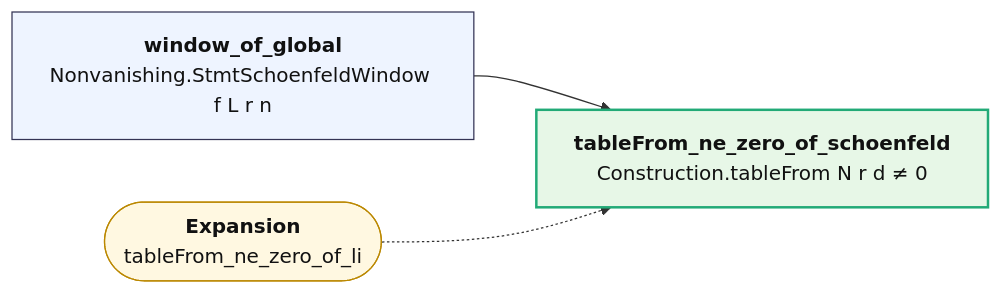
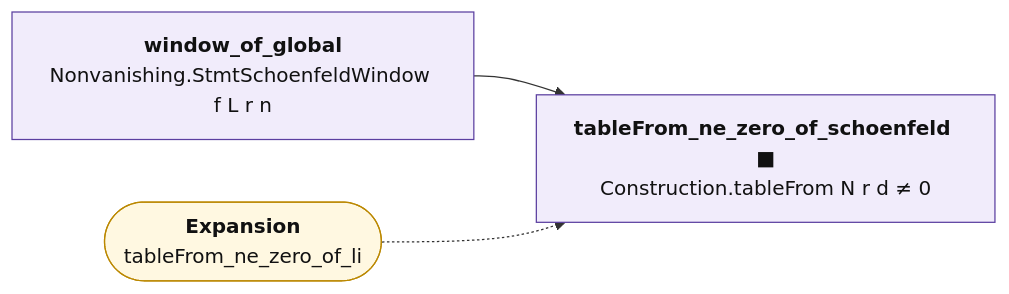
One commit to juliansambranojr/Primebeat_081426 changed the diagram in map/lean/Schoenfeld.md. Above: the diagram before and after it, drawn with Mermaid. The commit also changed other lines of this file and 398 other files, not shown here.

````diff
--- a/map/lean/Schoenfeld.md
+++ b/map/lean/Schoenfeld.md
@@ -12,13 +12,16 @@
 ```mermaid
 flowchart LR
-  n0["<b>window_of_global</b><br/>Nonvanishing.StmtSchoenfeldWindow f L r n"]:::thm
-  n1["<b>tableFrom_ne_zero_of_schoenfeld</b><br/>Construction.tableFrom N r d ≠ 0"]:::end_
+  n0["<b>window_of_global</b><br/>Nonvanishing.StmtSchoenfeldWindow f L r n"]:::shp
+  n1["<b>tableFrom_ne_zero_of_schoenfeld ■</b><br/>Construction.tableFrom N r d ≠ 0"]:::shp
   x0(["<b>Expansion</b><br/>tableFrom_ne_zero_of_li"]):::ext
   n0 --> n1
   x0 -.-> n1
+  classDef cnt fill:#dff5ec,stroke:#17694a,color:#111
+  classDef shp fill:#f1ecfb,stroke:#5b3fa0,color:#111
+  classDef rh fill:#ffe5e5,stroke:#c22,color:#111,stroke-width:2px
   classDef thm fill:#eef4ff,stroke:#335,color:#111
   classDef end_ fill:#e7f7e7,stroke:#2a7,color:#111,stroke-width:2px
   classDef lone fill:#fff,stroke:#999,color:#111,stroke-dasharray:4 3
   classDef bad fill:#ffe5e5,stroke:#c22,color:#111,stroke-width:2px
   classDef ext fill:#fff8e1,stroke:#b80,color:#111
 ```
````
